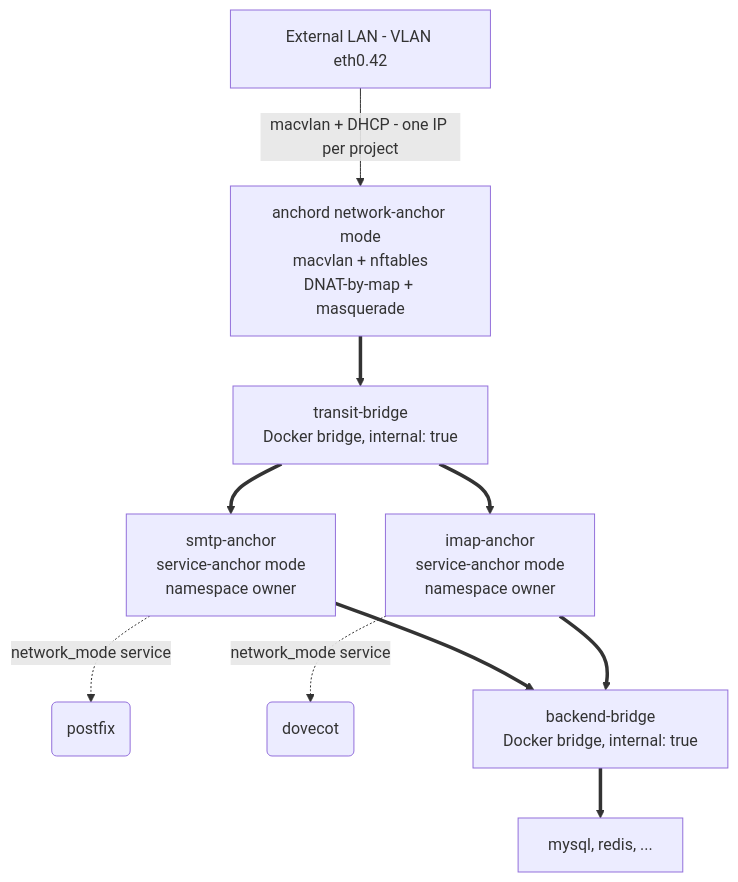
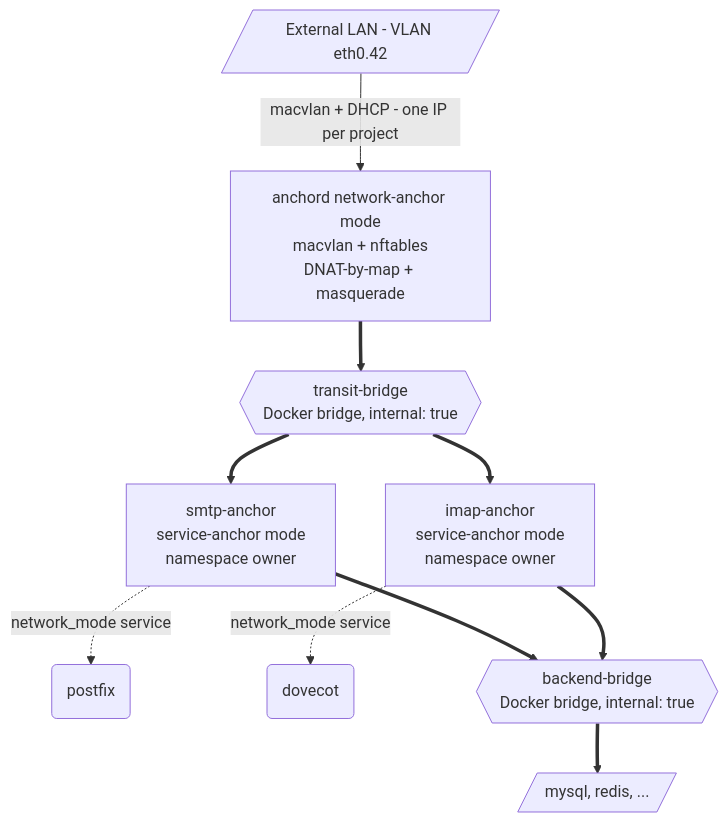
The diagram in README.md (AlexCherrypi/anchord), drawn with Mermaid before and after one commit.

Commit message:
Differentiate node shapes by role in architecture diagram
Bridges, boundary entities, containers, and shared-netns processes
were all rendered as identical rectangles, which obscured the
architectural intent. New shape mapping (documented inline in the
Mermaid source so editors don't have to guess):

  [/.../]   = boundary  — external LAN, backend DBs
  {{ ... }} = bridge    — Docker L2 broadcast domain
  [ ... ]   = container — full container with own netns
  ( ... )   = process   — app containers that share a netns

Hexagons for bridges read as "infrastructure" rather than "another
container", and parallelograms for the LAN/DB boundaries match the
flowchart convention for I/O endpoints.

````diff
--- a/README.md
+++ b/README.md
@@ -170,28 +170,33 @@
 ```mermaid
 flowchart TD
     %% Three roles in vertical layers: LAN -> network-anchor ->
     %% transit-bridge -> service-anchors (+ app containers joined
     %% via netns share) -> backend-bridge -> DBs.
     %% Edge styles: solid = traffic flow, thick = bridge membership,
     %% dashed = netns share via network_mode service.
 
-    LAN[External LAN - VLAN eth0.42]
+    %% Shapes by role:
+    %%   [/.../]   = boundary  (the LAN, the DBs)
+    %%   {{ ... }} = bridge    (Docker L2 broadcast domain)
+    %%   [ ... ]   = container (anchord + service-anchors)
+    %%   ( ... )   = process   (app containers — share netns, no own IP)
+    LAN[/External LAN - VLAN eth0.42/]
     Anchord[anchord network-anchor mode<br>macvlan + nftables<br>DNAT-by-map + masquerade]
-    Transit[transit-bridge<br>Docker bridge, internal: true]
+    Transit{{transit-bridge<br>Docker bridge, internal: true}}
     Smtp[smtp-anchor<br>service-anchor mode<br>namespace owner]
     Imap[imap-anchor<br>service-anchor mode<br>namespace owner]
     Postfix(postfix)
     Dovecot(dovecot)
-    Backend[backend-bridge<br>Docker bridge, internal: true]
-    DBs[mysql, redis, ...]
+    Backend{{backend-bridge<br>Docker bridge, internal: true}}
+    DBs[/mysql, redis, .../]
 
     LAN -->|macvlan + DHCP - one IP per project| Anchord
     Anchord ==> Transit
     Transit ==> Smtp
     Transit ==> Imap
     Smtp -.->|network_mode service| Postfix
     Imap -.->|network_mode service| Dovecot
     Smtp ==> Backend
     Imap ==> Backend
     Backend ==> DBs
 ```
````
